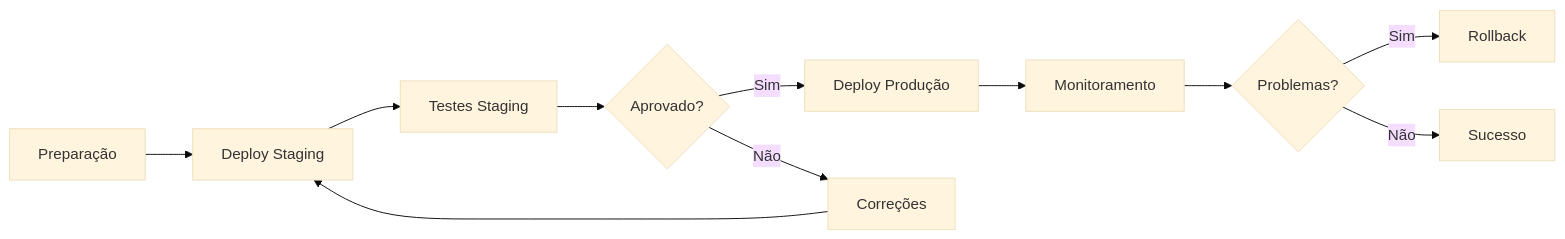
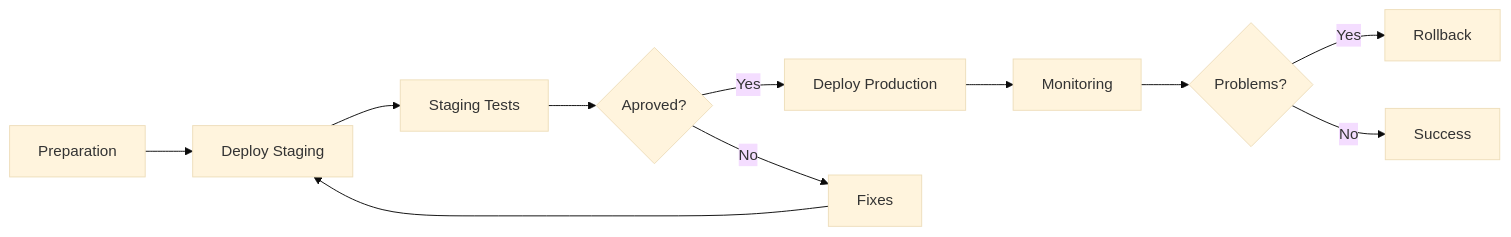
One commit to lgdevlop/spotify-playlist changed the second of 2 diagrams in security-fix-action-plan.md. Above: the diagram before and after it, drawn with Mermaid (base theme). The commit also changed other lines of this file and 5 other files, not shown here.

````diff
--- a/security-fix-action-plan.md
+++ b/security-fix-action-plan.md
@@ -1579,13 +1591,13 @@
    ```mermaid
    graph LR
-       A[Preparação] --> B[Deploy Staging]
-       B --> C[Testes Staging]
-       C --> D{Aprovado?}
-       D -->|Sim| E[Deploy Produção]
-       D -->|Não| F[Correções]
+       A[Preparation] --> B[Deploy Staging]
+       B --> C[Staging Tests]
+       C --> D{Aproved?}
+       D -->|Yes| E[Deploy Production]
+       D -->|No| F[Fixes]
        F --> B
-       E --> G[Monitoramento]
-       G --> H{Problemas?}
-       H -->|Sim| I[Rollback]
-       H -->|Não| J[Sucesso]
+       E --> G[Monitoring]
+       G --> H{Problems?}
+       H -->|Yes| I[Rollback]
+       H -->|No| J[Success]
    ```
````
